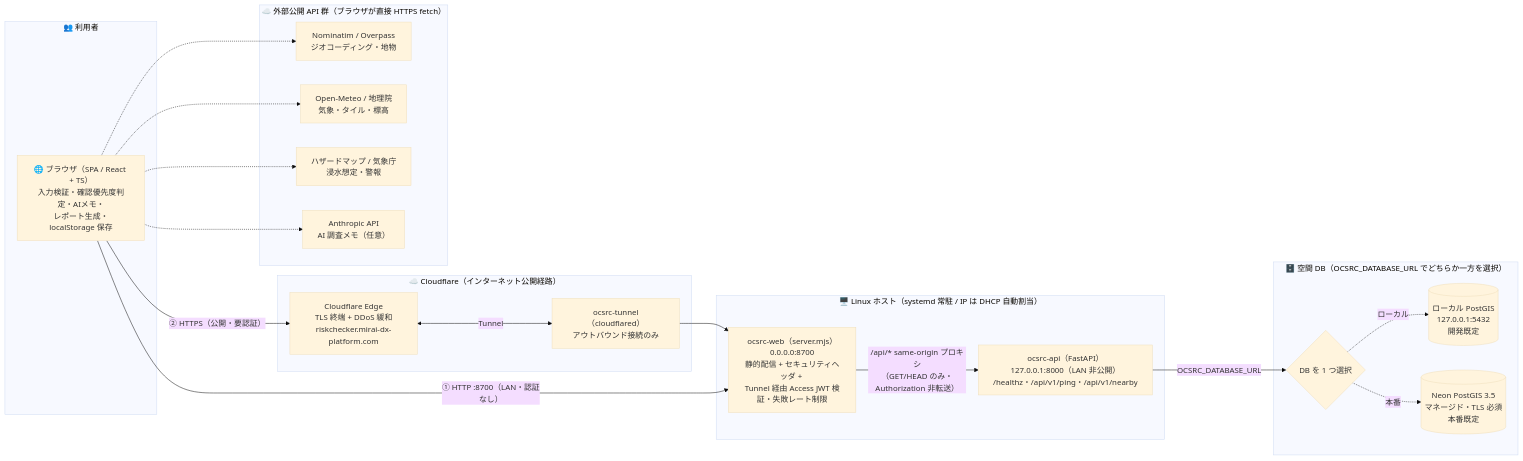
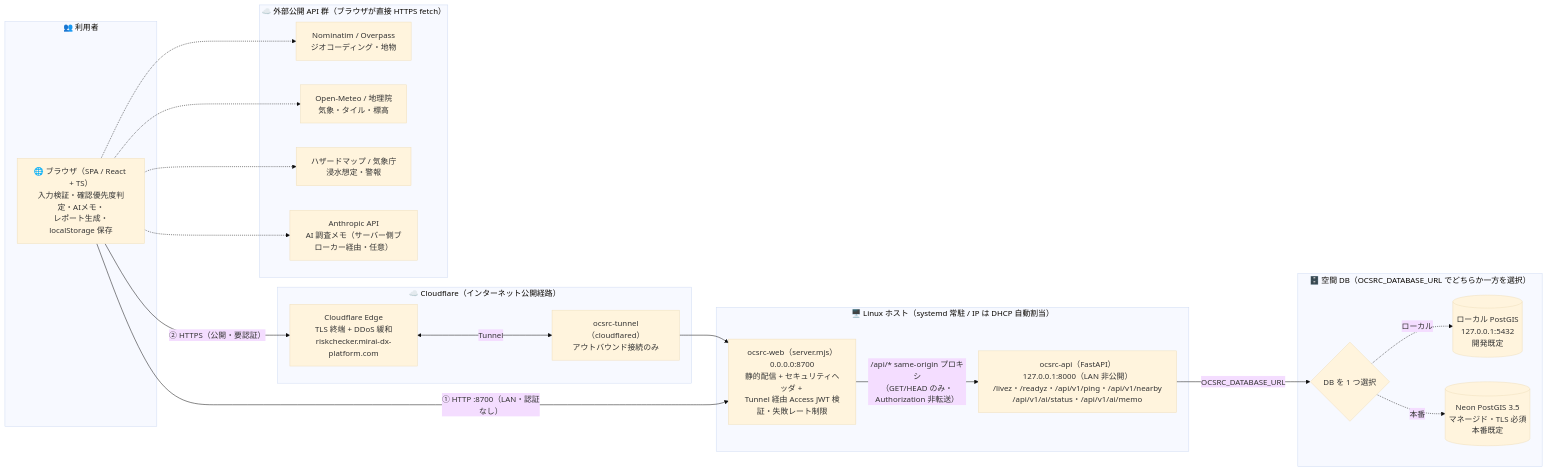
One commit to Kensan196948G/Open-Civil-Site-Risk-Checker changed the diagram in README.md. Above: the diagram before and after it, drawn with Mermaid (base theme). The commit also changed other lines of this file and 12 other files, not shown here.

````diff
--- a/README.md
+++ b/README.md
@@ -237,42 +237,42 @@
 ```mermaid
 flowchart LR
     subgraph USERS["👥 利用者"]
         B["🌐 ブラウザ（SPA / React + TS）<br/>入力検証・確認優先度判定・AIメモ・<br/>レポート生成・localStorage 保存"]
     end
 
     subgraph EDGE["☁️ Cloudflare（インターネット公開経路）"]
         CF["Cloudflare Edge<br/>TLS 終端 + DDoS 緩和<br/>riskchecker.mirai-dx-platform.com"]
         TN["ocsrc-tunnel（cloudflared）<br/>アウトバウンド接続のみ"]
     end
 
     subgraph HOST["🖥️ Linux ホスト（systemd 常駐 / IP は DHCP 自動割当）"]
         W["ocsrc-web（server.mjs）<br/>0.0.0.0:8700<br/>静的配信 + セキュリティヘッダ + <br/>Tunnel 経由 Access JWT 検証・失敗レート制限"]
-        A["ocsrc-api（FastAPI）<br/>127.0.0.1:8000（LAN 非公開）<br/>/healthz・/api/v1/ping・/api/v1/nearby"]
+        A["ocsrc-api（FastAPI）<br/>127.0.0.1:8000（LAN 非公開）<br/>/livez・/readyz・/api/v1/ping・/api/v1/nearby<br/>/api/v1/ai/status・/api/v1/ai/memo"]
     end
 
     subgraph DB["🗄️ 空間 DB（OCSRC_DATABASE_URL でどちらか一方を選択）"]
         DS{"DB を 1 つ選択"}
         D1[("ローカル PostGIS<br/>127.0.0.1:5432<br/>開発既定")]
         D2[("Neon PostGIS 3.5<br/>マネージド・TLS 必須<br/>本番既定")]
     end
 
     subgraph EXT["☁️ 外部公開 API 群（ブラウザが直接 HTTPS fetch）"]
         E1["Nominatim / Overpass<br/>ジオコーディング・地物"]
         E3["Open-Meteo / 地理院<br/>気象・タイル・標高"]
         E5["ハザードマップ / 気象庁<br/>浸水想定・警報"]
-        E7["Anthropic API<br/>AI 調査メモ（任意）"]
+        E7["Anthropic API<br/>AI 調査メモ（サーバー側ブローカー経由・任意）"]
     end
 
     B -->|"② HTTPS（公開・要認証）"| CF
     CF <-->|"Tunnel"| TN
     TN --> W
     B -->|"① HTTP :8700（LAN・認証なし）"| W
     W -->|"/api/* same-origin プロキシ<br/>（GET/HEAD のみ・Authorization 非転送）"| A
     A -->|"OCSRC_DATABASE_URL"| DS
     DS -.->|ローカル| D1
     DS -.->|本番| D2
     B -.-> E1
     B -.-> E3
     B -.-> E5
     B -.-> E7
 ```
````
